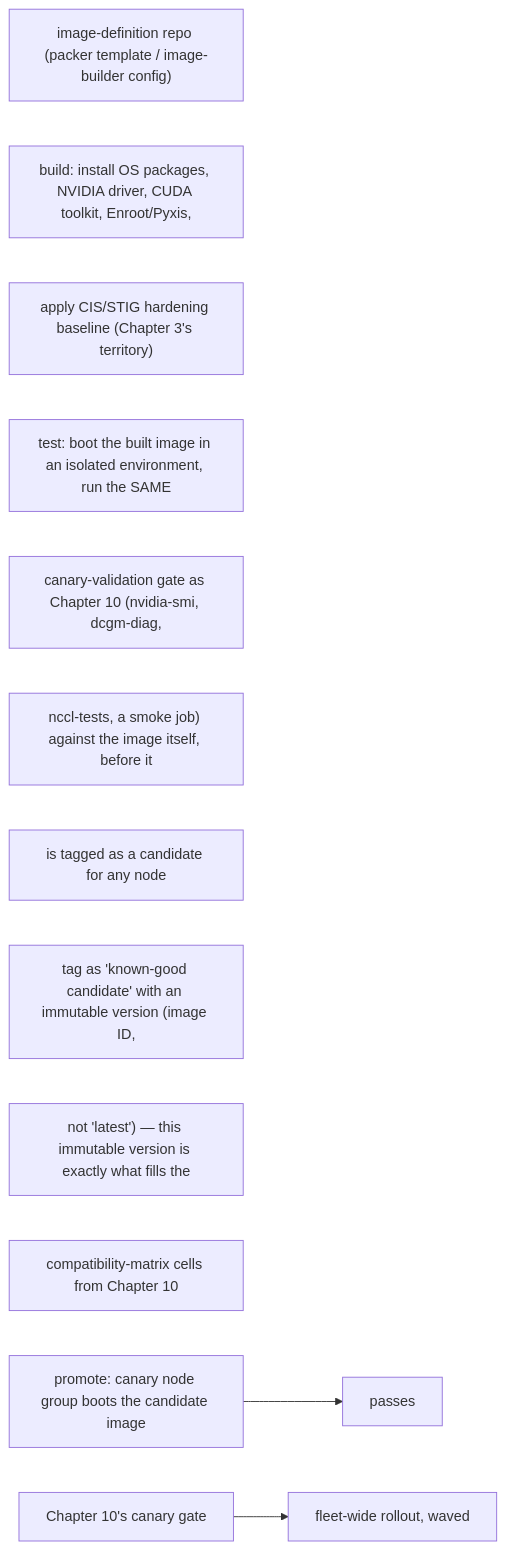
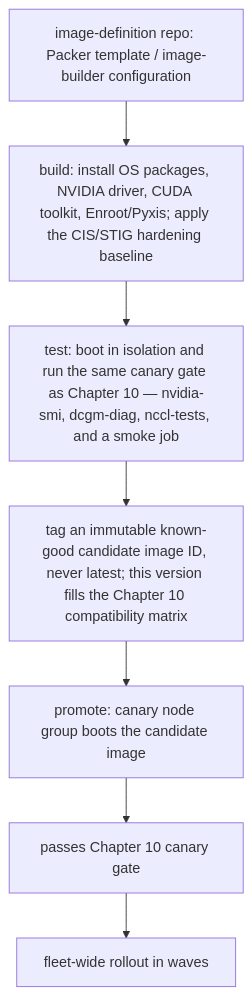
One commit to jithinpnjm/nvidia-devops changed the second of 2 diagrams in docs/volume-10/11-cicd-for-infrastructure-and-cluster-configuration.md. Above: the diagram before and after it, drawn with Mermaid. The commit also changed other lines of this file and 99 other files, not shown here.

````diff
--- a/docs/volume-10/11-cicd-for-infrastructure-and-cluster-configuration.md
+++ b/docs/volume-10/11-cicd-for-infrastructure-and-cluster-configuration.md
@@ -132,20 +116,9 @@
 ```mermaid
-flowchart LR
-  %% Converted from the original ASCII diagram; source wording is preserved.
-  n0["image-definition repo (packer template / image-builder config)"]
-  n1["build: install OS packages, NVIDIA driver, CUDA toolkit, Enroot/Pyxis,"]
-  n2["apply CIS/STIG hardening baseline (Chapter 3's territory)"]
-  n3["test: boot the built image in an isolated environment, run the SAME"]
-  n4["canary-validation gate as Chapter 10 (nvidia-smi, dcgm-diag,"]
-  n5["nccl-tests, a smoke job) against the image itself, before it"]
-  n6["is tagged as a candidate for any node"]
-  n7["tag as 'known-good candidate' with an immutable version (image ID,"]
-  n8["not 'latest') — this immutable version is exactly what fills the"]
-  n9["compatibility-matrix cells from Chapter 10"]
-  n10["promote: canary node group boots the candidate image"]
-  n11["passes"]
-  n12["Chapter 10's canary gate"]
-  n13["fleet-wide rollout, waved"]
-  n10 --> n11
-  n12 --> n13
+flowchart TD
+  Repo["image-definition repo: Packer template / image-builder configuration"]
+  Repo --> Build["build: install OS packages, NVIDIA driver, CUDA toolkit, Enroot/Pyxis; apply the CIS/STIG hardening baseline"]
+  Build --> Test["test: boot in isolation and run the same canary gate as Chapter 10 — nvidia-smi, dcgm-diag, nccl-tests, and a smoke job"]
+  Test --> Tag["tag an immutable known-good candidate image ID, never latest; this version fills the Chapter 10 compatibility matrix"]
+  Tag --> Promote["promote: canary node group boots the candidate image"]
+  Promote --> Gate["passes Chapter 10 canary gate"] --> Fleet["fleet-wide rollout in waves"]
 ```
````
